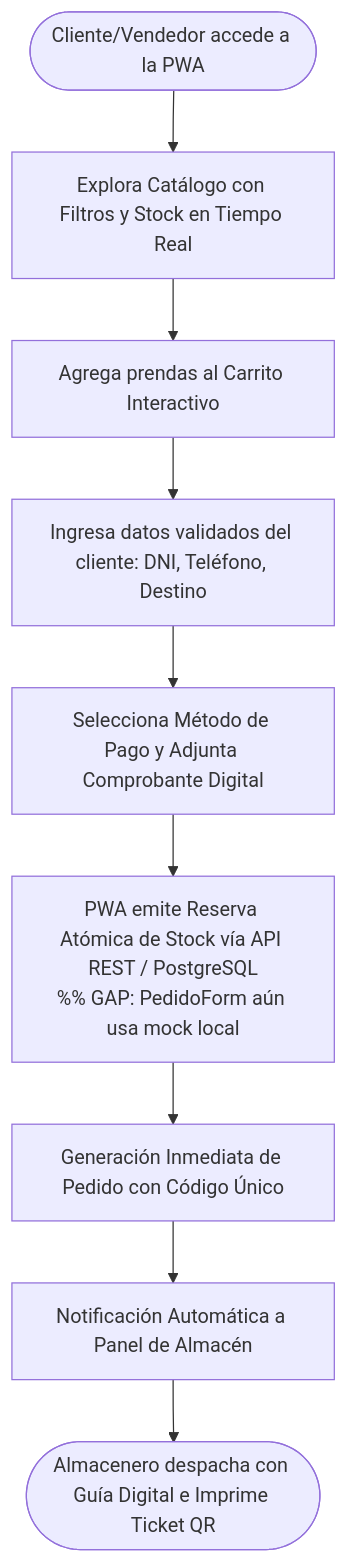
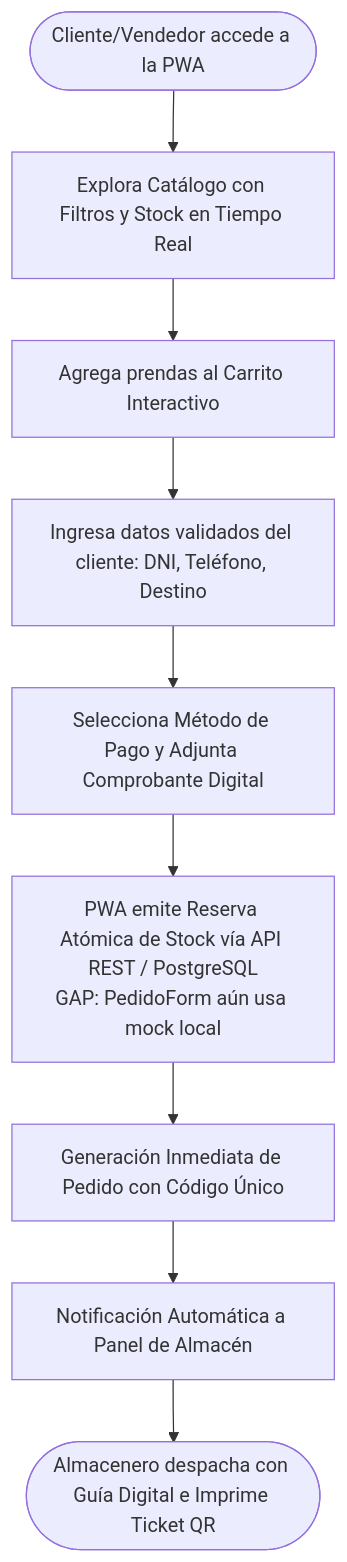
One commit to Leofit-Solutions-Grupo01/leofit-pedidos-sistema changed the second of 3 diagrams in docs/documento_maestro/DOCUMENTO_MAESTRO_INTEGRAL_LEOFIT.md. Above: the diagram before and after it, drawn with Mermaid.

Commit message:
docs(DOCUMENTO_MAESTRO_INTEGRAL_LEOFIT.md): quitar %% literal en nodo Mermaid

````diff
--- a/docs/documento_maestro/DOCUMENTO_MAESTRO_INTEGRAL_LEOFIT.md
+++ b/docs/documento_maestro/DOCUMENTO_MAESTRO_INTEGRAL_LEOFIT.md
@@ -187,11 +187,11 @@
 ```mermaid
 flowchart TD
     A([Cliente/Vendedor accede a la PWA]) --> B[Explora Catálogo con Filtros y Stock en Tiempo Real]
     B --> C[Agrega prendas al Carrito Interactivo]
     C --> D[Ingresa datos validados del cliente: DNI, Teléfono, Destino]
     D --> E[Selecciona Método de Pago y Adjunta Comprobante Digital]
-    E --> F[PWA emite Reserva Atómica de Stock vía API REST / PostgreSQL<br/>%% GAP: PedidoForm aún usa mock local]
+    E --> F[PWA emite Reserva Atómica de Stock vía API REST / PostgreSQL<br/>GAP: PedidoForm aún usa mock local]
     F --> G[Generación Inmediata de Pedido con Código Único]
     G --> H[Notificación Automática a Panel de Almacén]
     H --> I([Almacenero despacha con Guía Digital e Imprime Ticket QR])
 ```
````
